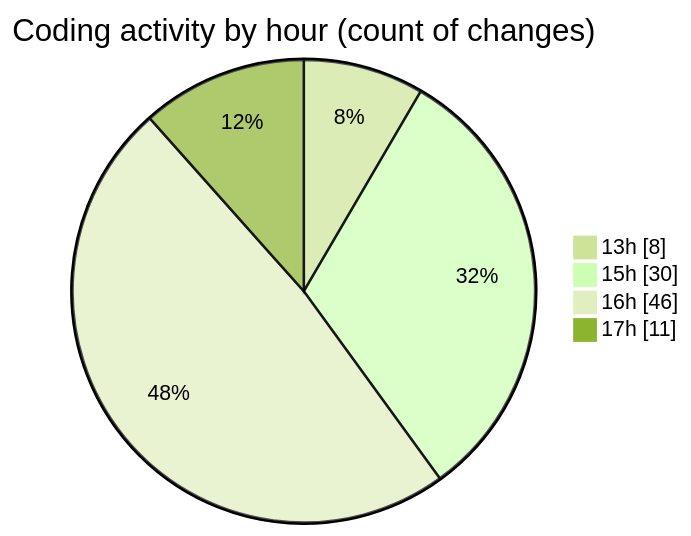
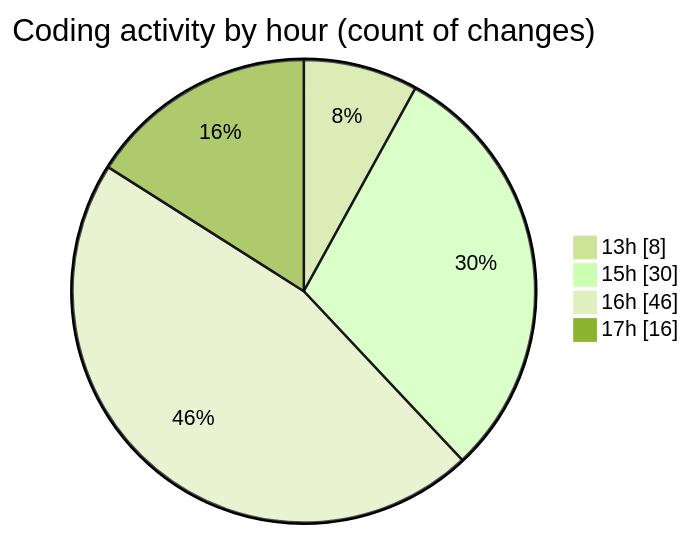
One commit to nxtqubesakshisongat/code-tracking changed the second of 2 diagrams in 2025-04-08/nxtqube_webapp/README.md. Above: the diagram before and after it, drawn with Mermaid (forest theme). The commit also changed other lines of this file and 1 other file, not shown here.

````diff
--- a/2025-04-08/nxtqube_webapp/README.md
+++ b/2025-04-08/nxtqube_webapp/README.md
@@ -32,8 +32,8 @@
 ```mermaid
 pie showData
 title Coding activity by hour (count of changes)
 "13h" : 8
 "15h" : 30
 "16h" : 46
-"17h" : 11
+"17h" : 16
 ```
````
